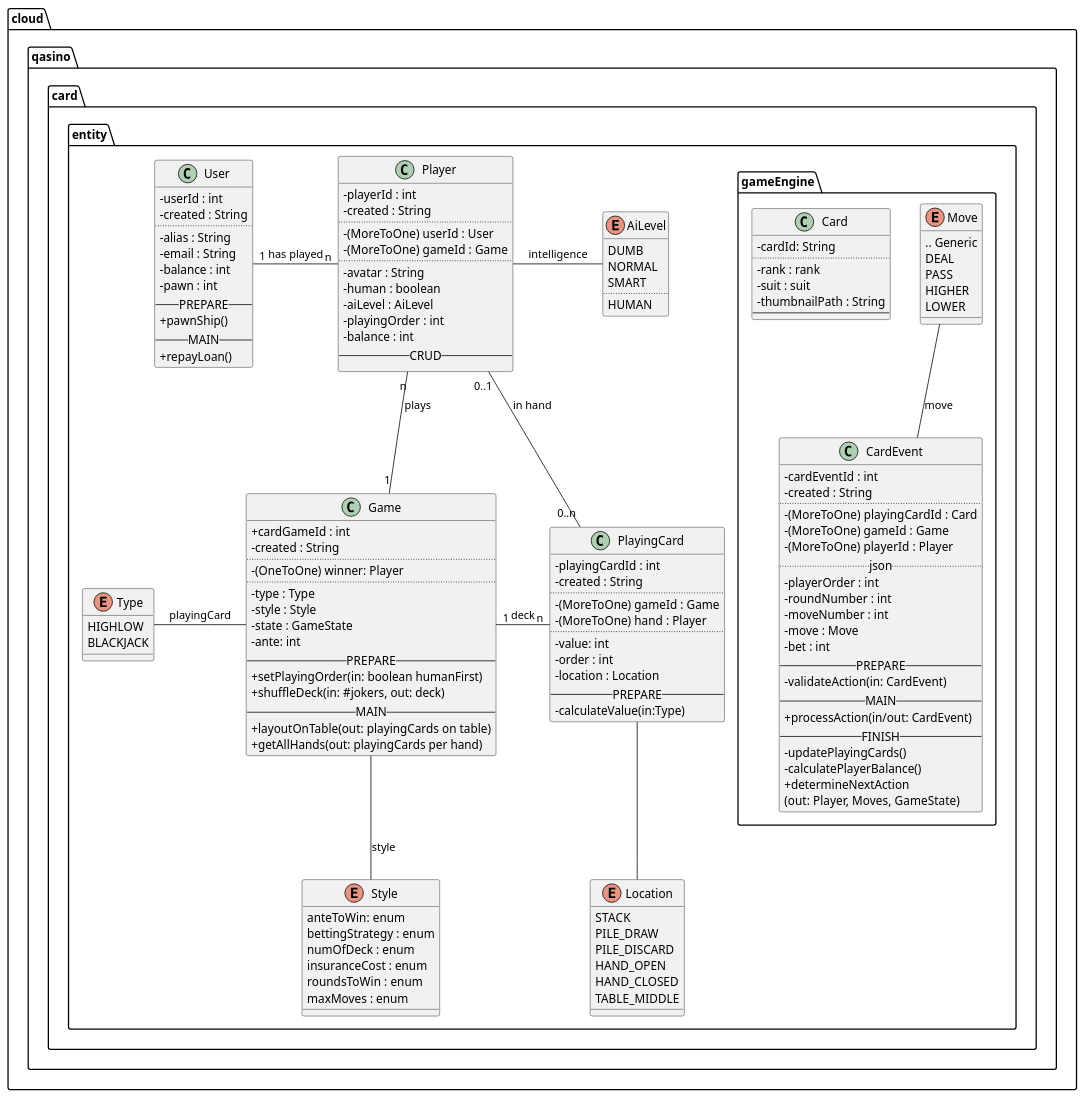
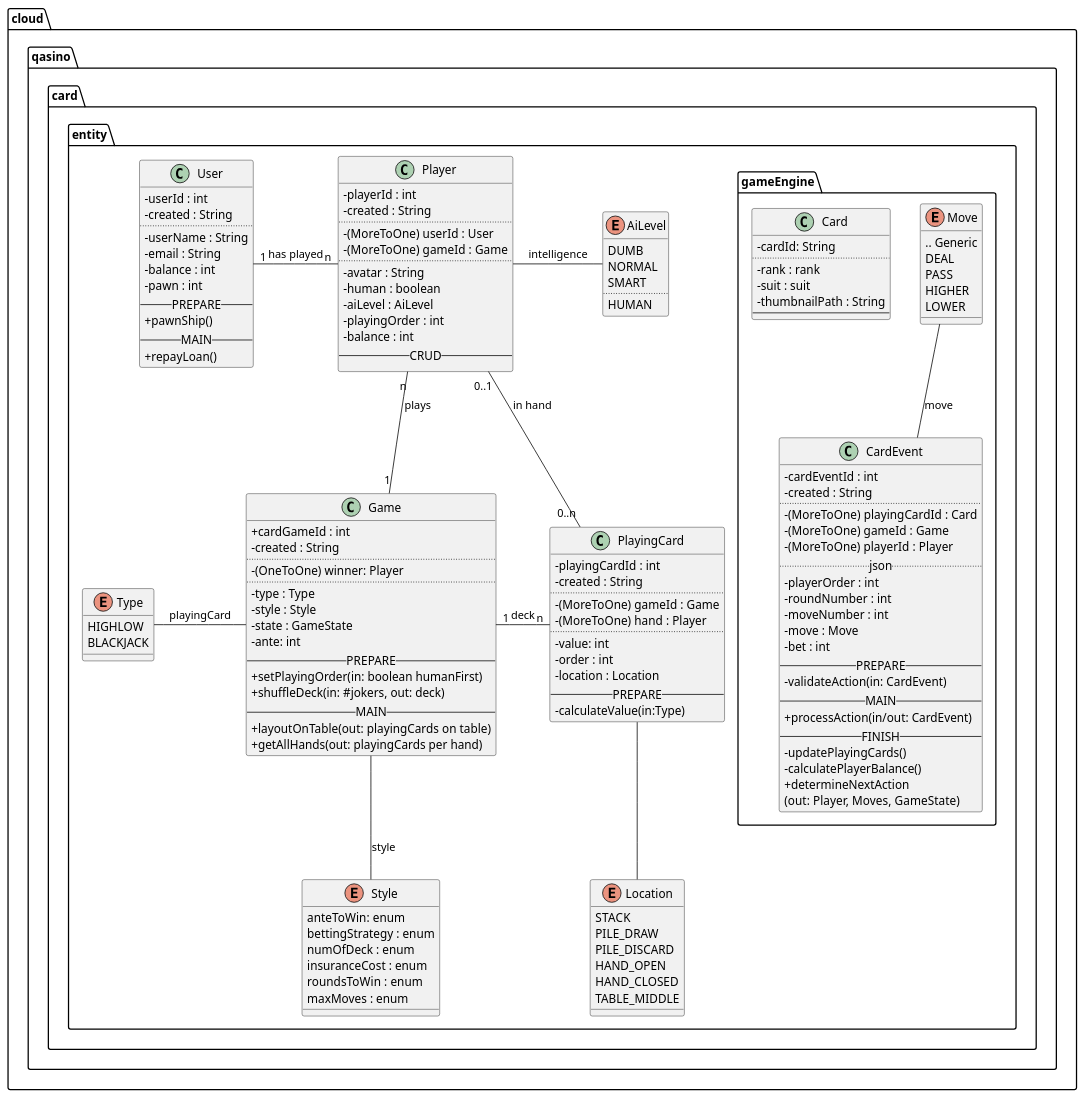
Before and after one commit to saalk/qasino: the diagram in server/src/main/java/cloud/qasino/card/entity/Qasino.puml, drawn with PlantUML. The commit also changed 68 other files, not shown here.

```diff
--- a/server/src/main/java/cloud/qasino/card/entity/Qasino.puml
+++ b/server/src/main/java/cloud/qasino/card/entity/Qasino.puml
@@ -1,151 +1,151 @@
 @startuml src/main/resources/plantuml/Casino.png
 		skinparam classAttributeIconSize 0
 		package "cloud.qasino.card" {
 		package "entity" {
 
 class User {
 - userId : int
 - created : String
 ..
-- alias : String
+- userName : String
 - email : String
 - balance : int
 - pawn : int
 -- PREPARE --
 + pawnShip()
 -- MAIN --
 + repayLoan()
 }
 User "1" -right- "n" Player: has played
 
 class Player {
 - playerId : int
 - created : String
 ..
 - (MoreToOne) userId : User
 - (MoreToOne) gameId : Game
 ..
 - avatar : String
 - human : boolean
 - aiLevel : AiLevel
 - playingOrder : int
 - balance : int
 -- CRUD --
 }
 Player -right- AiLevel : intelligence
 Player "n" -down- "1" Game : plays
 
 enum AiLevel {
 DUMB
 NORMAL
 SMART
 ..
 HUMAN
 }
 
 class Game {
 + cardGameId : int
 - created : String
 ..
 - (OneToOne) winner: Player
 ..
 - type : Type
 - style : Style
 - state : GameState
 - ante: int
 -- PREPARE --
 + setPlayingOrder(in: boolean humanFirst)
 + shuffleDeck(in: #jokers, out: deck)
 -- MAIN --
 + layoutOnTable(out: playingCards on table)
 + getAllHands(out: playingCards per hand)
 }
 
 Game -left- Type : playingCard
 Game -down- Style : style
 Game "1" -right- "n" PlayingCard : deck
 
 enum Type {
 HIGHLOW
 BLACKJACK
 }
 
 enum Style {
 	anteToWin: enum
 	bettingStrategy : enum
 	numOfDeck : enum
 	insuranceCost : enum
 	roundsToWin : enum
 	maxMoves : enum
 }
 
 class PlayingCard {
 - playingCardId : int
 - created : String
 ..
 - (MoreToOne) gameId : Game
 - (MoreToOne) hand : Player
 ..
 - value: int
 - order : int
 - location : Location
 -- PREPARE --
 - calculateValue(in:Type)
 }
 PlayingCard -down- Location
 PlayingCard "0..n" -up- "0..1" Player : in hand
 
 enum Location {
 STACK
 PILE_DRAW
 PILE_DISCARD
 HAND_OPEN
 HAND_CLOSED
 TABLE_MIDDLE
 }
 
 
 package "gameEngine" {
 class Card {
 - cardId: String
 ..
 - rank : rank
 - suit : suit
 - thumbnailPath : String
 --
 }
 
 class CardEvent {
 - cardEventId : int
 - created : String
 ..
 - (MoreToOne) playingCardId : Card
 - (MoreToOne) gameId : Game
 - (MoreToOne) playerId : Player
 .. json..
 - playerOrder : int
 - roundNumber : int
 - moveNumber : int
 - move : Move
 - bet : int
 -- PREPARE --
 - validateAction(in: CardEvent)
 -- MAIN --
 + processAction(in/out: CardEvent)
 -- FINISH --
 - updatePlayingCards()
 - calculatePlayerBalance()
 + determineNextAction
 (out: Player, Moves, GameState)
 }
 CardEvent -up- Move : move
 
 enum Move {
 .. Generic
 DEAL
 PASS
 HIGHER
 LOWER
 }
 }
 @enduml
```
